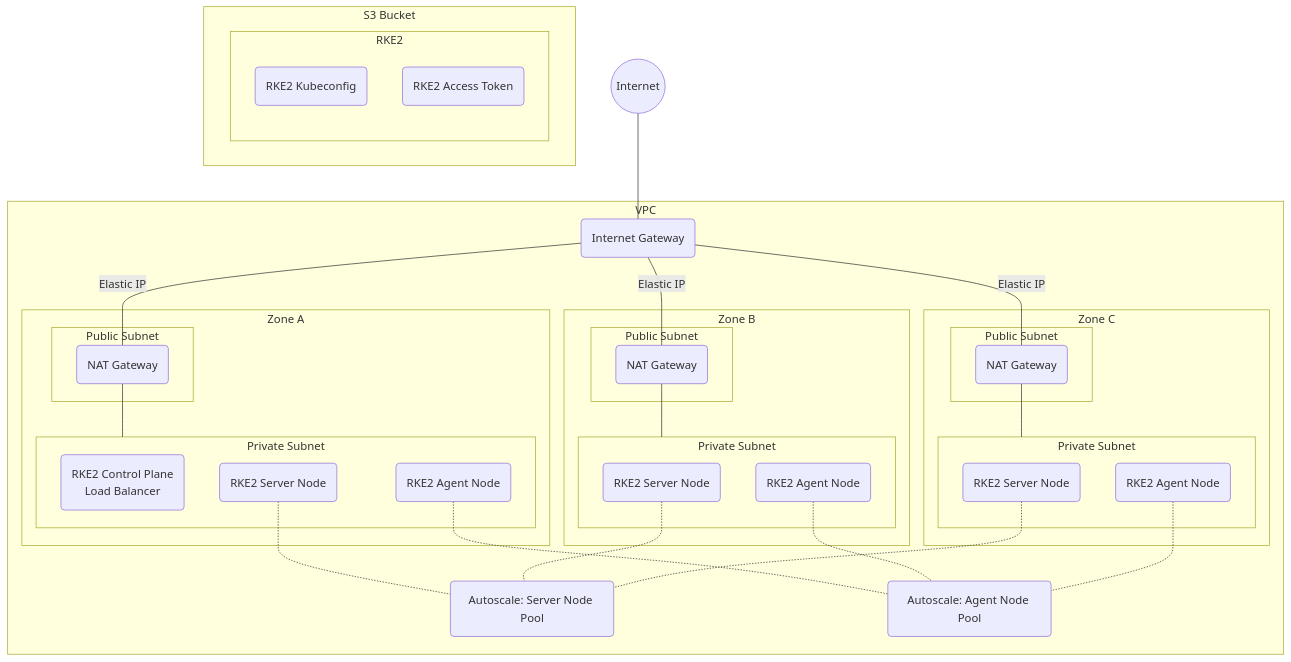
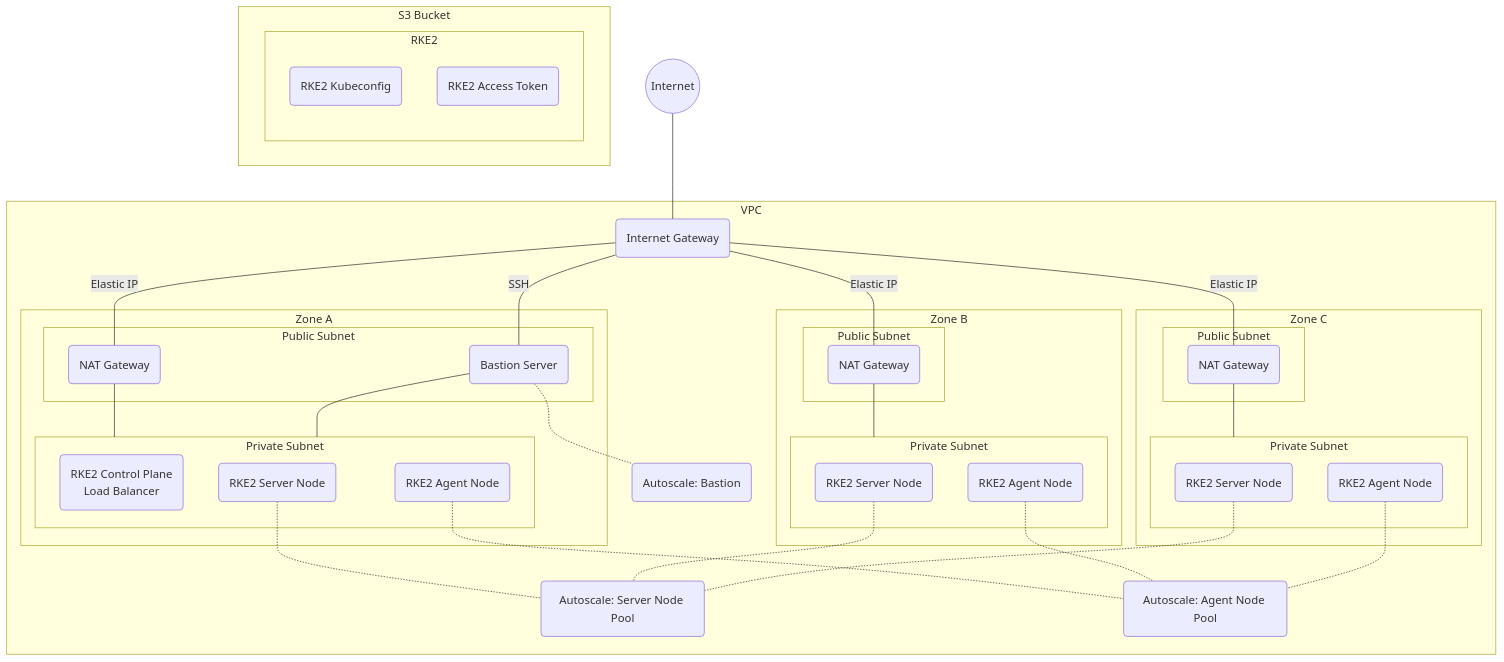
The diagram in terraform/readme.md (Yenwod/big-bang-customers-templates), drawn with Mermaid before and after one commit. The commit also changed other lines of this file, not shown here.

````diff
--- a/terraform/readme.md
+++ b/terraform/readme.md
@@ -99,55 +126,58 @@
 ```mermaid
 flowchart TD;
 
 internet((Internet)) --- igw
 
 subgraph VPC
+  igw(Internet Gateway) ---|SSH| jump
   igw(Internet Gateway) ---|Elastic IP| nat1 & nat2 & nat3
-
+  jump -.- bscale(Autoscale: Bastion)
 
   subgraph za [Zone A]
     nat1 --- zapriv
+    jump --- zapriv
     subgraph zapub [Public Subnet]
       nat1(NAT Gateway)
+      jump(Bastion Server)
     end
     subgraph zapriv [Private Subnet]
       cp(RKE2 Control Plane\nLoad Balancer)
       s1(RKE2 Server Node)
       a1(RKE2 Agent Node)
     end
   end
 
   subgraph zb [Zone B]
     nat2 --- zbpriv
     subgraph zbpub [Public Subnet]
       nat2(NAT Gateway)
     end
     subgraph zbpriv [Private Subnet]
       s2(RKE2 Server Node)
       a2(RKE2 Agent Node)
     end
   end
 
   subgraph zc [Zone C]
     nat3 --- zcpriv
     subgraph zcpub [Public Subnet]
       nat3(NAT Gateway)
     end
     subgraph zcpriv [Private Subnet]
       s3(RKE2 Server Node)
       a3(RKE2 Agent Node)
     end
   end
 
   s1 & s2 & s3 -.- sscale(Autoscale: Server Node Pool)
   a1 & a2 & a3 -.- ascale(Autoscale: Agent Node Pool)
 
 end
 
 subgraph store [S3 Bucket]
   subgraph RKE2
     yaml(RKE2 Kubeconfig)
     token(RKE2 Access Token)
   end
 end
 ```
````
